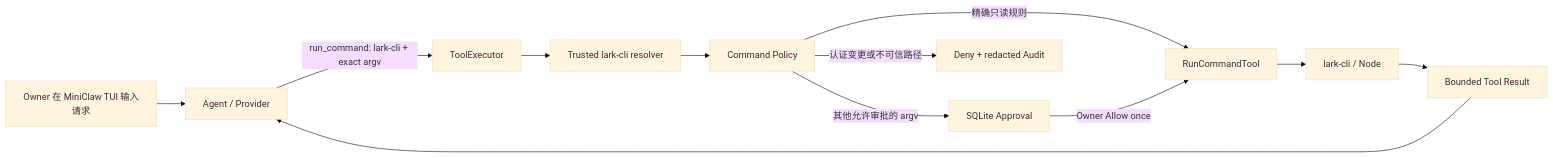
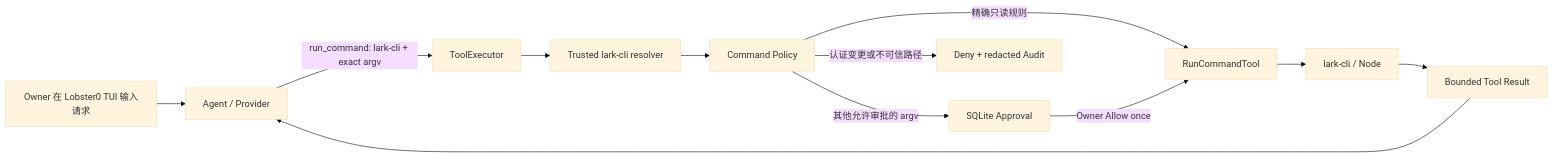
The diagram in docs/superpowers/specs/2026-08-08-phase-2-lark-cli-live-eval-design.md (NEDONION/lobster0), drawn with Mermaid (base theme) before and after one commit. The commit also changed other lines of this file and 221 other files, not shown here.

First line of the commit message:
docs(rename): 文档、官网内容与桌面/TUI/Browser-Worker 品牌文案改为 Lobster0

````diff
--- a/docs/superpowers/specs/2026-08-08-phase-2-lark-cli-live-eval-design.md
+++ b/docs/superpowers/specs/2026-08-08-phase-2-lark-cli-live-eval-design.md
@@ -83,14 +83,14 @@
 ```mermaid
 flowchart LR
-    U["Owner 在 MiniClaw TUI 输入请求"] --> A["Agent / Provider"]
+    U["Owner 在 Lobster0 TUI 输入请求"] --> A["Agent / Provider"]
     A -->|"run_command: lark-cli + exact argv"| E["ToolExecutor"]
     E --> R["Trusted lark-cli resolver"]
     R --> P["Command Policy"]
     P -->|"精确只读规则"| X["RunCommandTool"]
     P -->|"其他允许审批的 argv"| AP["SQLite Approval"]
     P -->|"认证变更或不可信路径"| D["Deny + redacted Audit"]
     AP -->|"Owner Allow once"| X
     X --> L["lark-cli / Node"]
     L --> T["Bounded Tool Result"]
     T --> A
 ```
````
